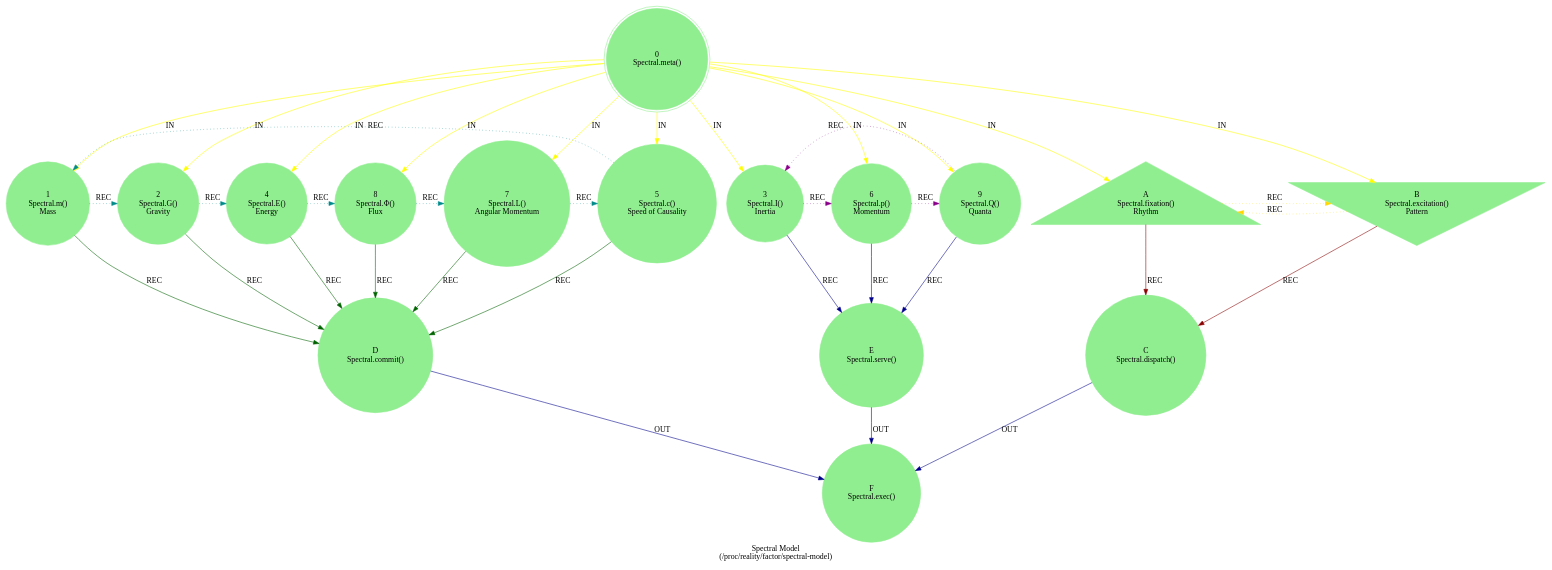
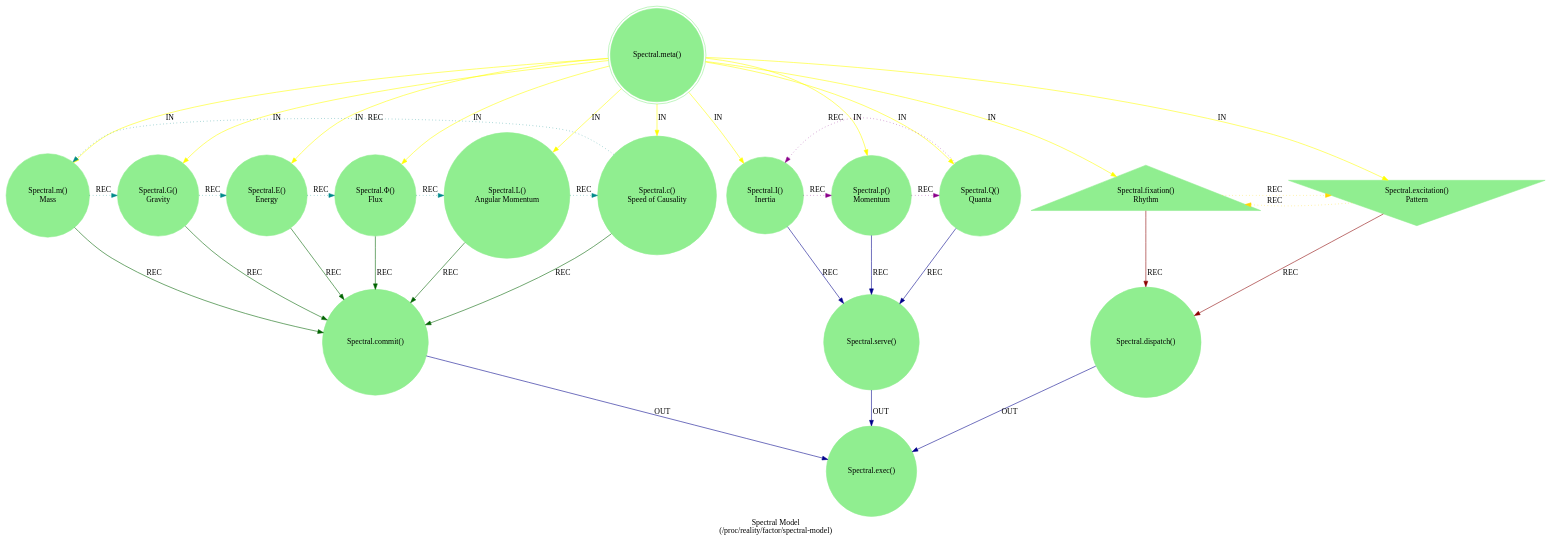
One commit to cilang/mythos changed the diagram in src/includes/factor/factor_spectral.dot. Above: the diagram before and after it, drawn with Graphviz. The commit also changed 11 other files, not shown here.

```diff
--- a/src/includes/factor/factor_spectral.dot
+++ b/src/includes/factor/factor_spectral.dot
@@ -1,40 +1,40 @@
 strict digraph SpectralModel {
     label = "Spectral Model\n(/proc/reality/factor/spectral-model)";
     style = filled;
     color = lightgray;
     node [shape = circle; style = filled; color = lightgreen;];
     
     // Spectral Model
     // r0::meta();r1,r2,r4,r8,r7,r5;r3,r6,r;ra::receive(),rb::send(),rc::dispatch(),rd::commit(),re::serve(),rf::exec()
-    spark_0_spectral_seed_t [label = "0\nSpectral.meta()";shape = doublecircle;comment = "";];
-    spark_1_spectral_seed_t [label = "1\nSpectral.m()\nMass";shape = circle;comment = "";];
-    spark_2_spectral_seed_t [label = "2\nSpectral.G()\nGravity";shape = circle;comment = "";];
-    spark_4_spectral_seed_t [label = "4\nSpectral.E()\nEnergy";shape = circle;comment = "";];
-    spark_8_spectral_seed_t [label = "8\nSpectral.Φ()\nFlux";shape = circle;comment = "Energy flow; excitation pathway. Higher form of phase.";];
-    spark_7_spectral_seed_t [label = "7\nSpectral.L()\nAngular Momentum";shape = circle;comment = "";];
-    spark_5_spectral_seed_t [label = "5\nSpectral.c()\nSpeed of Causality";shape = circle;comment = "Possibility Space; transformation drive. Emergence catalyst.";];
-    spark_3_spectral_seed_t [label = "3\nSpectral.I()\nInertia";shape = circle;comment = "";];
-    spark_6_spectral_seed_t [label = "6\nSpectral.p()\nMomentum";shape = circle;comment = "";];
-    spark_9_spectral_seed_t [label = "9\nSpectral.Q()\nQuanta";shape = circle;comment = "Discrete unit of existence. Bridge between Mass and Energy.";];
-    spark_a_spectral_seed_t [label = "A\nSpectral.fixation()\nRhythm";shape = triangle;comment = "";];
-    spark_b_spectral_seed_t [label = "B\nSpectral.excitation()\nPattern";shape = invtriangle;comment = "";];
-    spark_c_spectral_seed_t [label = "C\nSpectral.dispatch()";comment = "";];
-    spark_d_spectral_seed_t [label = "D\nSpectral.commit()";comment = "";];
-    spark_e_spectral_seed_t [label = "E\nSpectral.serve()";comment = "";];
-    spark_f_spectral_seed_t [label = "F\nSpectral.exec()";comment = "";];
+    spark_0_spectral_seed_t [label = "Spectral.meta()";shape = doublecircle;comment = "";];
+    spark_1_spectral_seed_t [label = "Spectral.m()\nMass";shape = circle;comment = "";];
+    spark_2_spectral_seed_t [label = "Spectral.G()\nGravity";shape = circle;comment = "";];
+    spark_4_spectral_seed_t [label = "Spectral.E()\nEnergy";shape = circle;comment = "";];
+    spark_8_spectral_seed_t [label = "Spectral.Φ()\nFlux";shape = circle;comment = "Energy flow; excitation pathway. Higher form of phase.";];
+    spark_7_spectral_seed_t [label = "Spectral.L()\nAngular Momentum";shape = circle;comment = "";];
+    spark_5_spectral_seed_t [label = "Spectral.c()\nSpeed of Causality";shape = circle;comment = "Possibility Space; transformation drive. Emergence catalyst.";];
+    spark_3_spectral_seed_t [label = "Spectral.I()\nInertia";shape = circle;comment = "";];
+    spark_6_spectral_seed_t [label = "Spectral.p()\nMomentum";shape = circle;comment = "";];
+    spark_9_spectral_seed_t [label = "Spectral.Q()\nQuanta";shape = circle;comment = "Discrete unit of existence. Bridge between Mass and Energy.";];
+    spark_a_spectral_seed_t [label = "Spectral.fixation()\nRhythm";shape = triangle;comment = "";];
+    spark_b_spectral_seed_t [label = "Spectral.excitation()\nPattern";shape = invtriangle;comment = "";];
+    spark_c_spectral_seed_t [label = "Spectral.dispatch()";comment = "";];
+    spark_d_spectral_seed_t [label = "Spectral.commit()";comment = "";];
+    spark_e_spectral_seed_t [label = "Spectral.serve()";comment = "";];
+    spark_f_spectral_seed_t [label = "Spectral.exec()";comment = "";];
     
     // IN = Input
     // OUT = Output
     // REC = Recursion
     spark_0_spectral_seed_t -> {spark_a_spectral_seed_t spark_b_spectral_seed_t spark_1_spectral_seed_t spark_2_spectral_seed_t spark_3_spectral_seed_t spark_4_spectral_seed_t spark_5_spectral_seed_t spark_6_spectral_seed_t spark_7_spectral_seed_t spark_8_spectral_seed_t spark_9_spectral_seed_t} [label = "IN"; color = yellow; comment = "";];
     
     {spark_a_spectral_seed_t spark_b_spectral_seed_t} -> spark_c_spectral_seed_t [label = "REC"; color = darkred; comment = "";];
     {spark_1_spectral_seed_t spark_2_spectral_seed_t spark_4_spectral_seed_t spark_8_spectral_seed_t spark_7_spectral_seed_t spark_5_spectral_seed_t} -> spark_d_spectral_seed_t [label = "REC"; color = darkgreen; comment = "";];
     {spark_3_spectral_seed_t spark_6_spectral_seed_t spark_9_spectral_seed_t} -> spark_e_spectral_seed_t [label = "REC"; color = darkblue; comment = "";];
     
     spark_1_spectral_seed_t -> spark_2_spectral_seed_t -> spark_4_spectral_seed_t -> spark_8_spectral_seed_t -> spark_7_spectral_seed_t -> spark_5_spectral_seed_t -> spark_1_spectral_seed_t [label = "REC"; color = darkcyan; comment = ""; style = dotted; constraint = false;];
     spark_3_spectral_seed_t -> spark_6_spectral_seed_t -> spark_9_spectral_seed_t -> spark_3_spectral_seed_t [label = "REC"; color = darkmagenta; comment = ""; style = dotted; constraint = false;];
     spark_a_spectral_seed_t -> spark_b_spectral_seed_t -> spark_a_spectral_seed_t [label = "REC"; color = gold; comment = ""; style = dotted; constraint = false;];
     
     {spark_c_spectral_seed_t spark_d_spectral_seed_t spark_e_spectral_seed_t} -> spark_f_spectral_seed_t [label = "OUT"; color = darkblue; comment = "";];
 }
```
